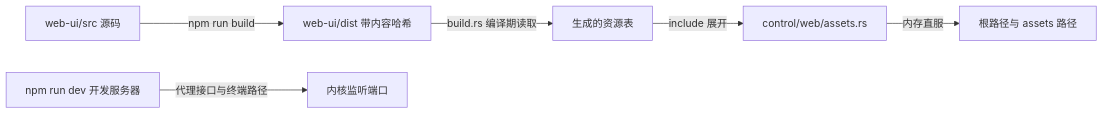
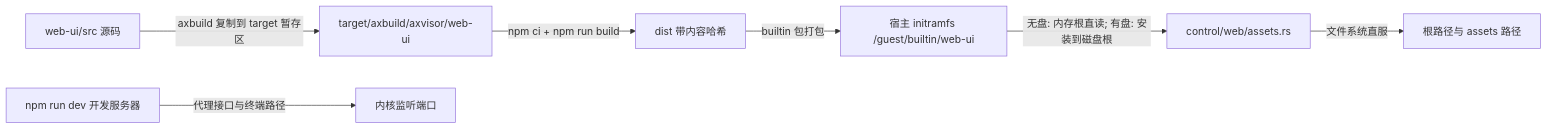
The sixth of 6 diagrams in docs/docs/architecture/axvisor/control-plane.md (Alayfolk64/tgoskits), drawn with Mermaid before and after one commit. The commit also changed other lines of this file and 40 other files, not shown here.

First line of the commit message:
refactor(axvisor): serve the web dashboard from the host initramfs (#2610)

````diff
--- a/docs/docs/architecture/axvisor/control-plane.md
+++ b/docs/docs/architecture/axvisor/control-plane.md
@@ -292,8 +292,9 @@
 ```mermaid
 flowchart LR
-    SRC["web-ui/src 源码"] -->|"npm run build"| DIST["web-ui/dist 带内容哈希"]
-    DIST -->|"build.rs 编译期读取"| TAB["生成的资源表"]
-    TAB -->|"include 展开"| AR["control/web/assets.rs"]
-    AR -->|"内存直服"| HTTP["根路径与 assets 路径"]
+    SRC["web-ui/src 源码"] -->|"axbuild 复制到 target 暂存区"| STG["target/axbuild/axvisor/web-ui"]
+    STG -->|"npm ci + npm run build"| DIST["dist 带内容哈希"]
+    DIST -->|"builtin 包打包"| INIT["宿主 initramfs /guest/builtin/web-ui"]
+    INIT -->|"无盘: 内存根直读; 有盘: 安装到磁盘根"| AR["control/web/assets.rs"]
+    AR -->|"文件系统直服"| HTTP["根路径与 assets 路径"]
     DEV["npm run dev 开发服务器"] -->|"代理接口与终端路径"| K["内核监听端口"]
 ```
````
